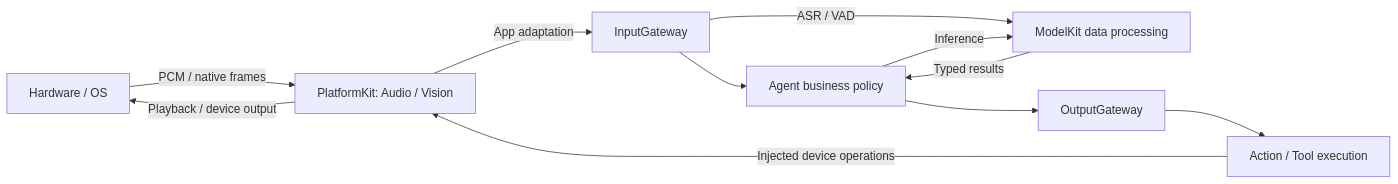
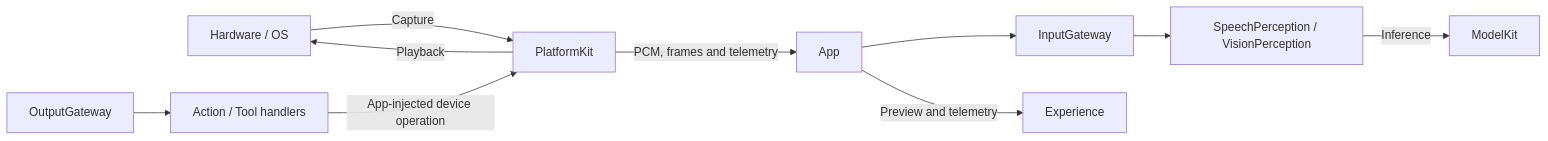
The first of 2 diagrams in MobileHarness/PlatformKit/README.md (devilyouwei/MobileHarness), drawn with Mermaid before and after one commit. The commit also changed other lines of this file and 53 other files, not shown here.

````diff
--- a/MobileHarness/PlatformKit/README.md
+++ b/MobileHarness/PlatformKit/README.md
@@ -22,13 +29,12 @@
 ```mermaid
 flowchart LR
-    Hardware[Hardware / OS] -->|PCM / native frames| Platform[PlatformKit: Audio / Vision]
-    Platform -->|App adaptation| Input[InputGateway]
-    Input --> Agent[Agent business policy]
-    Input -->|ASR / VAD| Model[ModelKit data processing]
-    Agent -->|Inference| Model
-    Model -->|Typed results| Agent
-    Agent --> Output[OutputGateway]
-    Output --> Runtime[Action / Tool execution]
-    Runtime -->|Injected device operations| Platform
-    Platform -->|Playback / device output| Hardware
+    Hardware[Hardware / OS] -->|Capture| PlatformKit
+    PlatformKit -->|PCM, frames and telemetry| App
+    App --> Input[InputGateway]
+    Input --> Agents[SpeechPerception / VisionPerception]
+    Agents -->|Inference| ModelKit
+    Output[OutputGateway] --> Runtime[Action / Tool handlers]
+    Runtime -->|App-injected device operation| PlatformKit
+    PlatformKit -->|Playback| Hardware
+    App -->|Preview and telemetry| Experience
 ```
````
